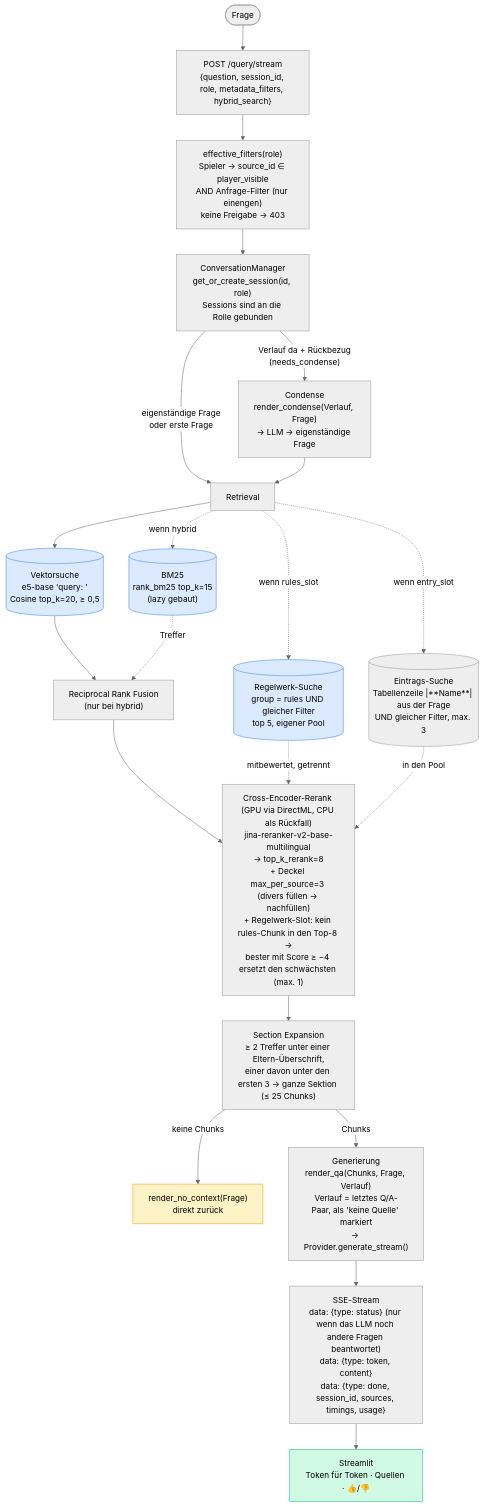
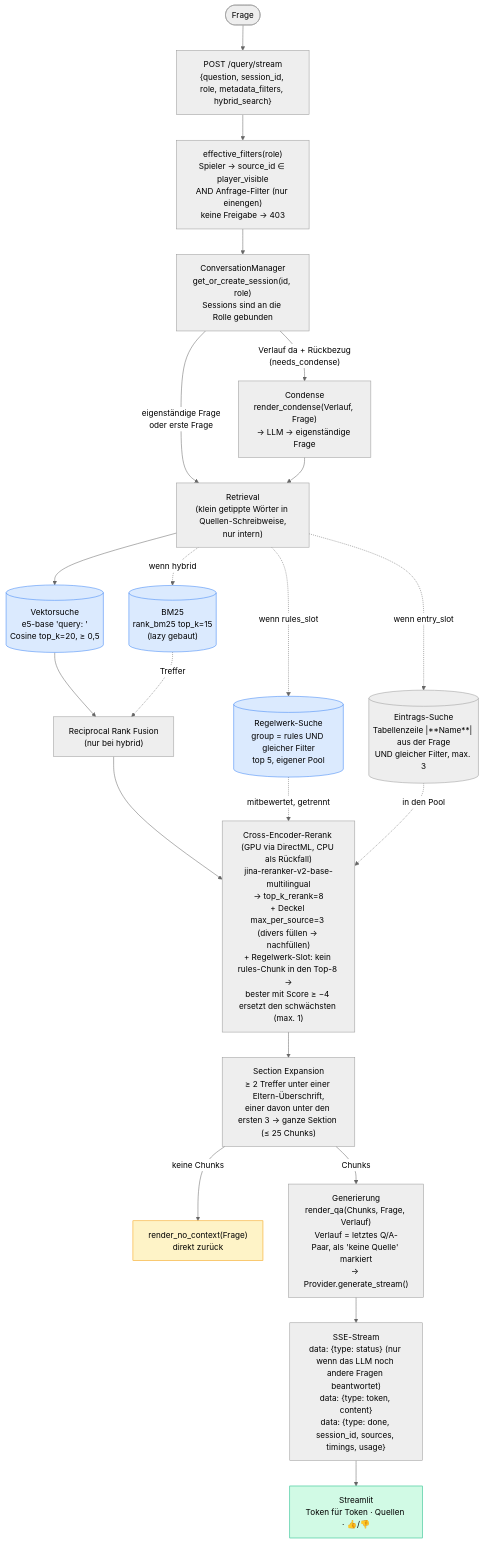
The second of 5 diagrams in docs/data-flow.md (FabianHentrich/lorekeeper), drawn with Mermaid (neutral theme) before and after one commit. The commit also changed 28 other files, not shown here.

````diff
--- a/docs/data-flow.md
+++ b/docs/data-flow.md
@@ -68,43 +68,43 @@
 ```mermaid
 flowchart TD
     USER([Frage]) --> API["POST /query/stream\n{question, session_id, role, metadata_filters, hybrid_search}"]
 
     API --> ACCESS["effective_filters(role)\nSpieler → source_id ∈ player_visible\nAND Anfrage-Filter (nur einengen)\nkeine Freigabe → 403"]
     ACCESS --> CM["ConversationManager\nget_or_create_session(id, role)\nSessions sind an die Rolle gebunden"]
 
     CM -->|"Verlauf da + Rückbezug\n(needs_condense)"| COND["Condense\nrender_condense(Verlauf, Frage)\n→ LLM → eigenständige Frage"]
     CM -->|"eigenständige Frage\noder erste Frage"| RET
 
     COND --> RET
 
-    RET["Retrieval"]
+    RET["Retrieval\n(klein getippte Wörter in Quellen-Schreibweise,\nnur intern)"]
 
     RET --> VEC[("Vektorsuche\ne5-base 'query: '\nCosine top_k=20, ≥ 0,5")]
     RET -.->|"wenn hybrid"| BM25[("BM25\nrank_bm25 top_k=15\n(lazy gebaut)")]
     RET -.->|"wenn rules_slot"| RULES[("Regelwerk-Suche\ngroup = rules UND gleicher Filter\ntop 5, eigener Pool")]
     RET -.->|"wenn entry_slot"| ENTRY[("Eintrags-Suche\nTabellenzeile |**Name**| aus der Frage\nUND gleicher Filter, max. 3")]
 
     VEC --> RRF["Reciprocal Rank Fusion\n(nur bei hybrid)"]
     BM25 -.->|"Treffer"| RRF
 
     RRF --> RERANK["Cross-Encoder-Rerank (GPU via DirectML, CPU als Rückfall)\njina-reranker-v2-base-multilingual\n→ top_k_rerank=8\n+ Deckel max_per_source=3 (divers füllen → nachfüllen)\n+ Regelwerk-Slot: kein rules-Chunk in den Top-8 →\nbester mit Score ≥ −4 ersetzt den schwächsten (max. 1)"]
     RULES -.->|"mitbewertet, getrennt"| RERANK
     ENTRY -.->|"in den Pool"| RERANK
 
     RERANK --> EXP["Section Expansion\n≥ 2 Treffer unter einer Eltern-Überschrift,\neiner davon unter den ersten 3 → ganze Sektion (≤ 25 Chunks)"]
 
     EXP -->|"keine Chunks"| NOCX["render_no_context(Frage)\ndirekt zurück"]
     EXP -->|"Chunks"| GEN
 
     GEN["Generierung\nrender_qa(Chunks, Frage, Verlauf)\nVerlauf = letztes Q/A-Paar, als 'keine Quelle' markiert\n→ Provider.generate_stream()"]
 
     GEN --> SSE["SSE-Stream\ndata: {type: status} (nur wenn das LLM noch andere Fragen beantwortet)\ndata: {type: token, content}\ndata: {type: done, session_id, sources, timings, usage}"]
 
     SSE --> UI["Streamlit\nToken für Token · Quellen · 👍/👎"]
 
     style VEC fill:#dbeafe,stroke:#3b82f6
     style BM25 fill:#dbeafe,stroke:#3b82f6
     style RULES fill:#dbeafe,stroke:#3b82f6
     style NOCX fill:#fef3c7,stroke:#f59e0b
     style UI fill:#d1fae5,stroke:#10b981
 ```
````
